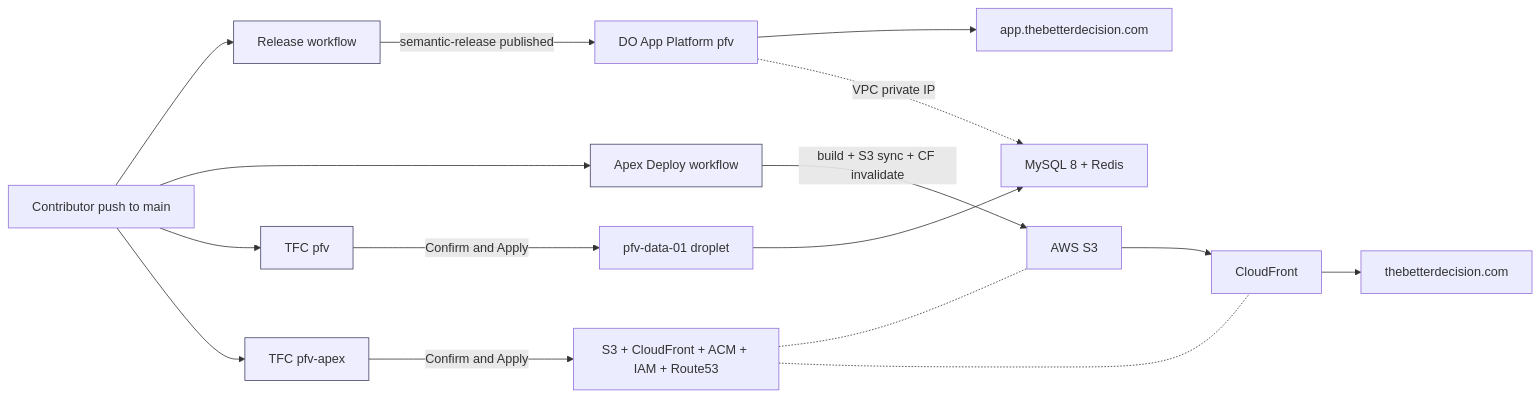
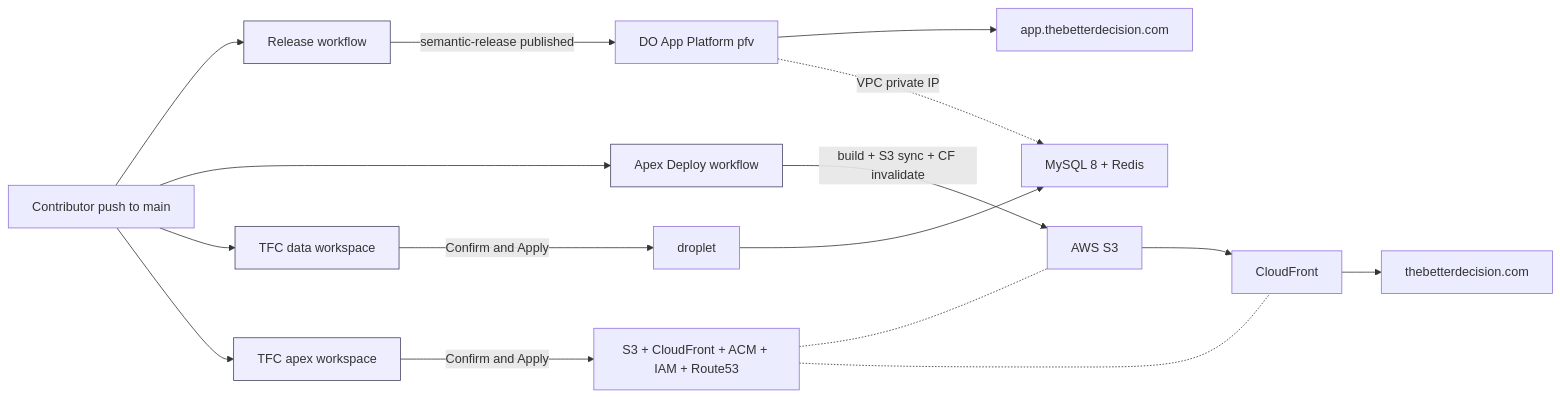
The first of 8 diagrams in DEPLOYMENT.md (fjcloudaiconsulting/tbd), drawn with Mermaid before and after one commit. The commit also changed other lines of this file and 9 other files, not shown here.

````diff
--- a/DEPLOYMENT.md
+++ b/DEPLOYMENT.md
@@ -20,25 +20,25 @@
 ```mermaid
 flowchart LR
   dev[Contributor push to main] --> rel[Release workflow]
   dev --> apex[Apex Deploy workflow]
-  dev --> tfc1[TFC pfv]
-  dev --> tfc2[TFC pfv-apex]
+  dev --> tfc1[TFC data workspace]
+  dev --> tfc2[TFC apex workspace]
 
   rel -->|semantic-release published| do[DO App Platform pfv]
   do --> appurl[app.thebetterdecision.com]
 
   apex -->|build + S3 sync + CF invalidate| s3[AWS S3]
   s3 --> cf[CloudFront]
   cf --> apexurl[thebetterdecision.com]
 
-  tfc1 -->|Confirm and Apply| droplet[pfv-data-01 droplet]
+  tfc1 -->|Confirm and Apply| droplet[<data-droplet> droplet]
   droplet --> db[MySQL 8 + Redis]
   do -.->|VPC private IP| db
 
   tfc2 -->|Confirm and Apply| awsctl[S3 + CloudFront + ACM + IAM + Route53]
   awsctl -.- s3
   awsctl -.- cf
 
   classDef pipe fill:#eef,stroke:#446
   class rel,apex,tfc1,tfc2 pipe
 ```
````
